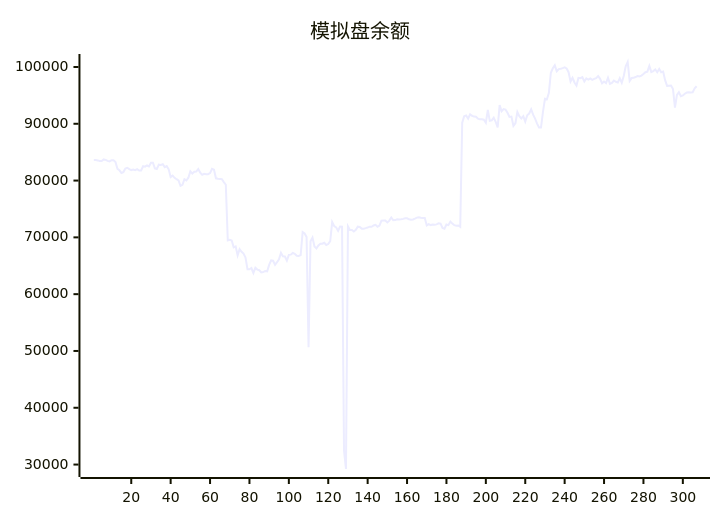
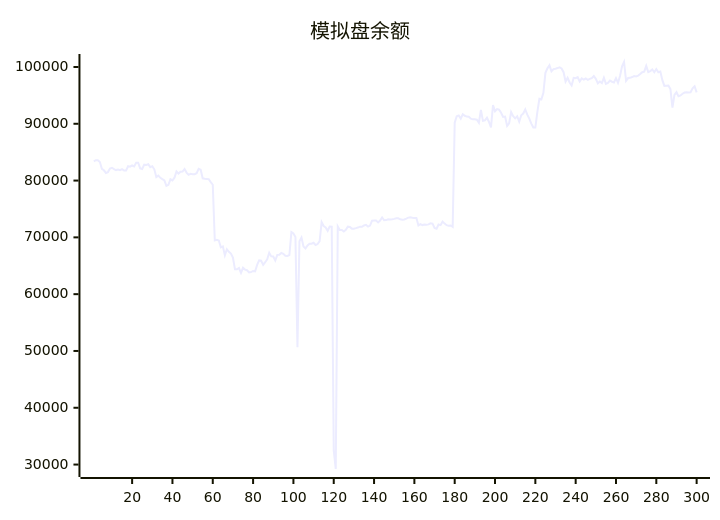
Before and after one commit to aahl/ai-trading: the diagram in README.md, drawn with Mermaid. The commit also changed other lines of this file and 1 other file, not shown here.

````diff
--- a/README.md
+++ b/README.md
@@ -5,5 +5,5 @@
 ```mermaid
 xychart
     title "模拟盘余额"
-    line [83606,83602,83548,83440,83454,83724,83644,83464,83365,83590,83592,83275,82072,81806,81344,81492,82109,82254,82006,81848,81955,81829,82022,81769,81776,82522,82441,82656,82498,83144,83144,82150,82038,82797,82763,82872,82367,82536,81981,80612,80862,80484,80242,80034,79063,79245,80226,80016,80507,81625,81233,81544,81578,82016,81401,81019,81186,81130,81118,81306,82066,81909,80392,80304,80291,80258,79729,79261,69466,69579,69456,68251,68415,66832,67911,67462,67144,66432,64380,64375,64606,63740,64647,64324,64216,63842,63877,64078,64008,65156,65945,65888,65157,65625,66144,67284,66653,66639,65924,66925,66956,67263,67108,66766,66729,66886,70927,70673,70049,50652,69334,69973,68400,68061,68578,68876,68879,69055,68662,68822,69329,72687,71999,71760,71162,71911,71896,32500,29218,71927,71297,71305,71044,71337,71883,71822,71536,71536,71622,71723,71880,71860,72100,72216,71887,72077,72940,72976,72966,72638,72948,73497,73004,73041,73173,73160,73186,73258,73375,73351,73173,73098,73161,73305,73474,73536,73457,73413,73412,72100,72333,72164,72272,72204,72285,72461,72421,71652,71521,72267,72157,72774,72424,72144,72060,72091,71858,90185,91338,91466,90900,91678,91404,91268,91244,90903,90779,90787,90721,90187,92429,90518,90619,91070,90328,89376,93286,92202,92581,92485,91947,91196,91259,89619,90086,92063,91355,90950,91327,90373,91498,91800,92531,91603,90910,90031,89351,89334,92097,94406,94315,95455,98972,99763,100286,99229,99622,99701,99805,99938,99738,99082,97430,98094,97267,96741,98081,98013,98194,97447,97983,97789,97969,97729,97911,98043,98405,97912,97120,97448,97154,98095,97021,97190,97616,97402,97263,98035,97210,98424,100120,100876,97552,98049,98085,98228,98388,98342,98488,98750,99086,99181,100188,99107,99272,99553,99072,99636,99061,99186,97674,96679,96704,96743,96096,92830,95088,95560,94866,94995,95295,95497,95531,95527,95559,96236,96597]
+    line [83365,83590,83592,83275,82072,81806,81344,81492,82109,82254,82006,81848,81955,81829,82022,81769,81776,82522,82441,82656,82498,83144,83144,82150,82038,82797,82763,82872,82367,82536,81981,80612,80862,80484,80242,80034,79063,79245,80226,80016,80507,81625,81233,81544,81578,82016,81401,81019,81186,81130,81118,81306,82066,81909,80392,80304,80291,80258,79729,79261,69466,69579,69456,68251,68415,66832,67911,67462,67144,66432,64380,64375,64606,63740,64647,64324,64216,63842,63877,64078,64008,65156,65945,65888,65157,65625,66144,67284,66653,66639,65924,66925,66956,67263,67108,66766,66729,66886,70927,70673,70049,50652,69334,69973,68400,68061,68578,68876,68879,69055,68662,68822,69329,72687,71999,71760,71162,71911,71896,32500,29218,71927,71297,71305,71044,71337,71883,71822,71536,71536,71622,71723,71880,71860,72100,72216,71887,72077,72940,72976,72966,72638,72948,73497,73004,73041,73173,73160,73186,73258,73375,73351,73173,73098,73161,73305,73474,73536,73457,73413,73412,72100,72333,72164,72272,72204,72285,72461,72421,71652,71521,72267,72157,72774,72424,72144,72060,72091,71858,90185,91338,91466,90900,91678,91404,91268,91244,90903,90779,90787,90721,90187,92429,90518,90619,91070,90328,89376,93286,92202,92581,92485,91947,91196,91259,89619,90086,92063,91355,90950,91327,90373,91498,91800,92531,91603,90910,90031,89351,89334,92097,94406,94315,95455,98972,99763,100286,99229,99622,99701,99805,99938,99738,99082,97430,98094,97267,96741,98081,98013,98194,97447,97983,97789,97969,97729,97911,98043,98405,97912,97120,97448,97154,98095,97021,97190,97616,97402,97263,98035,97210,98424,100120,100876,97552,98049,98085,98228,98388,98342,98488,98750,99086,99181,100188,99107,99272,99553,99072,99636,99061,99186,97674,96679,96704,96743,96096,92830,95088,95560,94866,94995,95295,95497,95531,95527,95559,96236,96597,95538]
 ```
````
